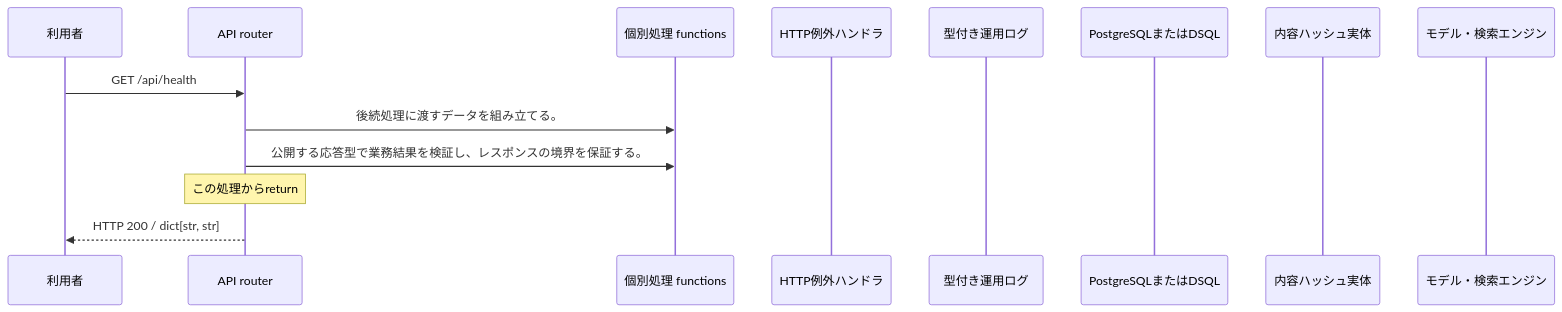
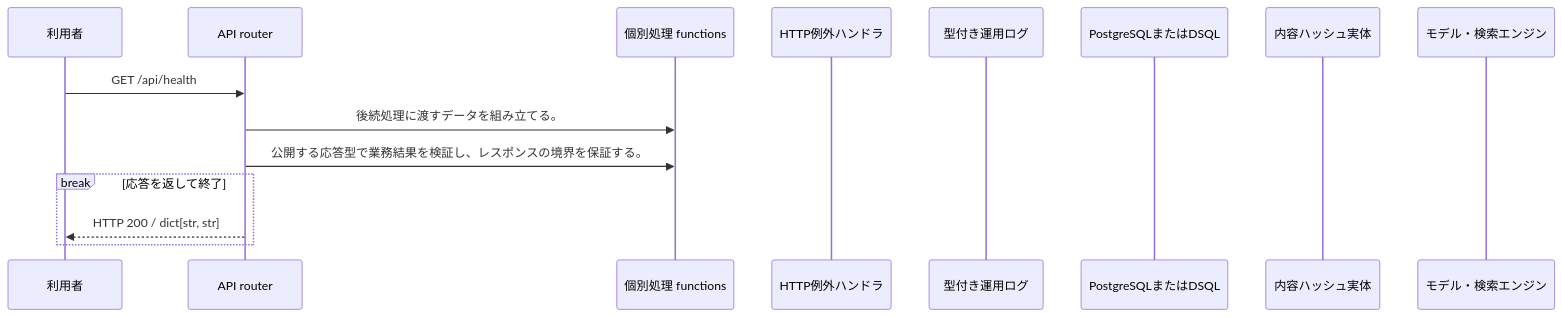
Before and after one commit to tsuji-tomonori/KotoRelay: the diagram in docs/design/generated/api/health/health/sequence.md, drawn with Mermaid. The commit also changed other lines of this file and 245 other files, not shown here.

````diff
--- a/docs/design/generated/api/health/health/sequence.md
+++ b/docs/design/generated/api/health/health/sequence.md
@@ -7,16 +7,17 @@
 ```mermaid
 sequenceDiagram
     participant U as 利用者
     participant A as API router
     participant F as 個別処理 functions
     participant E as HTTP例外ハンドラ
     participant L as 型付き運用ログ
     participant D as PostgreSQLまたはDSQL
     participant S as 内容ハッシュ実体
     participant M as モデル・検索エンジン
     U->>A: GET /api/health
     A->>F: 後続処理に渡すデータを組み立てる。
     A->>F: 公開する応答型で業務結果を検証し、レスポンスの境界を保証する。
-    Note over A: この処理からreturn
+    break 応答を返して終了
     A-->>U: HTTP 200 / dict[str, str]
+    end
 ```
````
